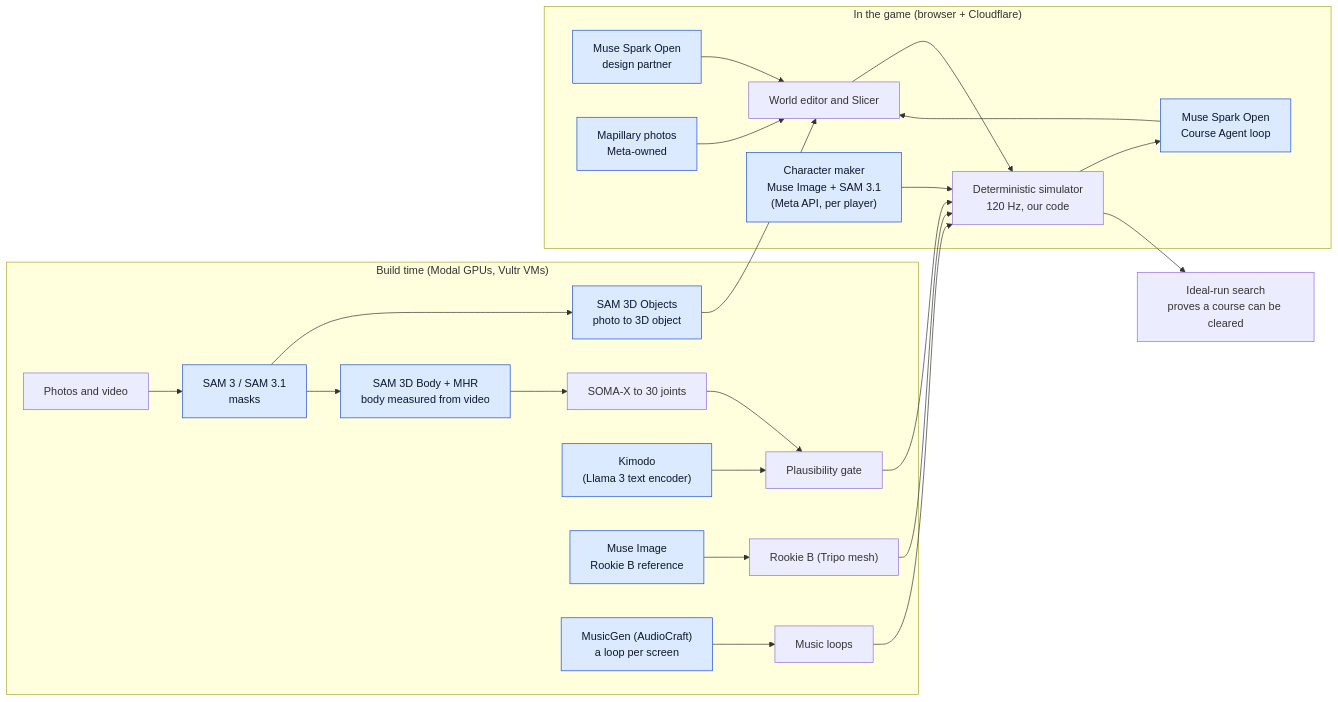
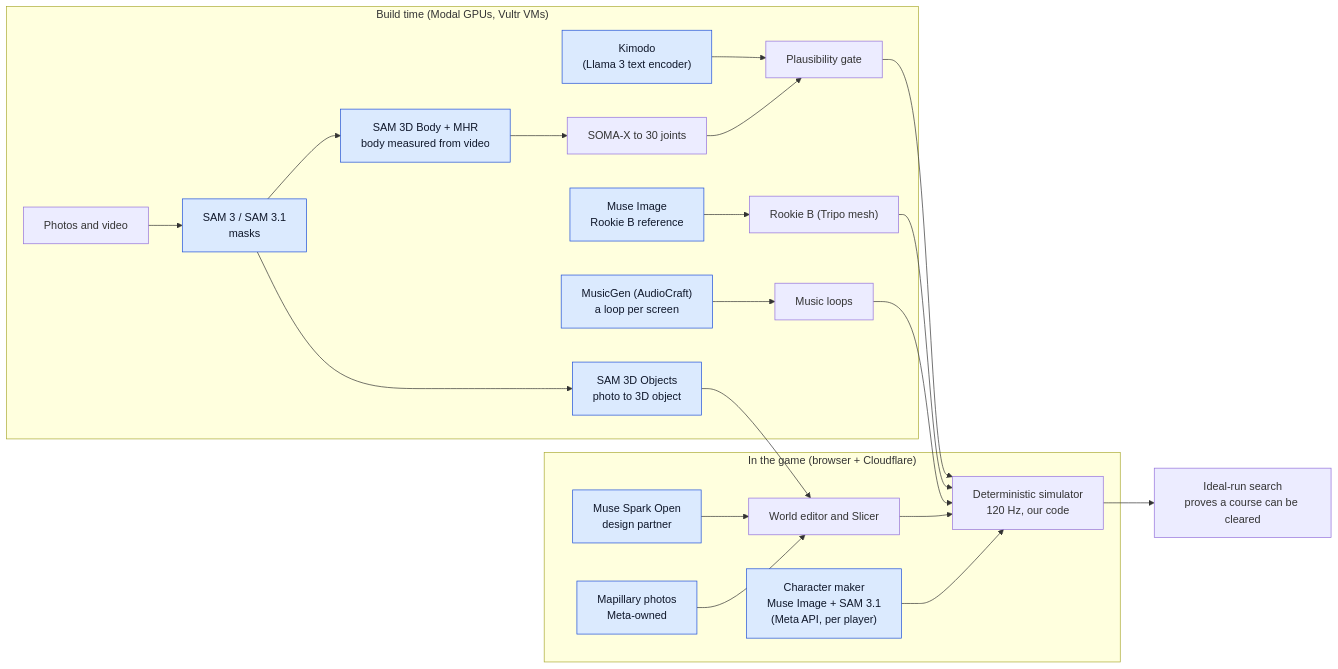
Before and after one commit to gitgithan/conquercourse: the first of 7 diagrams in docs/meta-ai-pipelines.md, drawn with Mermaid. The commit also changed other lines of this file and 40 other files, not shown here.

First line of the commit message:
Scope cut: remove photo to course and the Course Agent's photo input; ledger sections 4 and 5 out; EgoBlur note (Part of CC-208)

````diff
--- a/docs/meta-ai-pipelines.md
+++ b/docs/meta-ai-pipelines.md
@@ -14,34 +14,31 @@
 ```mermaid
 flowchart LR
   subgraph Build["Build time (Modal GPUs, Vultr VMs)"]
     P1["Photos and video"] --> SAM3["SAM 3 / SAM 3.1<br/>masks"]
     SAM3 --> SAM3DO["SAM 3D Objects<br/>photo to 3D object"]
     SAM3 --> SAM3DB["SAM 3D Body + MHR<br/>body measured from video"]
     SAM3DB --> SOMA["SOMA-X to 30 joints"]
     KIM["Kimodo<br/>(Llama 3 text encoder)"] --> GATE["Plausibility gate"]
     SOMA --> GATE
     MI["Muse Image<br/>Rookie B reference"] --> CH["Rookie B (Tripo mesh)"]
     MG["MusicGen (AudioCraft)<br/>a loop per screen"] --> MUS["Music loops"]
   end
   subgraph Game["In the game (browser + Cloudflare)"]
     SIM["Deterministic simulator<br/>120 Hz, our code"]
     ED["World editor and Slicer"]
     DES["Muse Spark Open<br/>design partner"]
-    AGT["Muse Spark Open<br/>Course Agent loop"]
     MAP["Mapillary photos<br/>Meta-owned"]
     CHM["Character maker<br/>Muse Image + SAM 3.1<br/>(Meta API, per player)"]
   end
   SAM3DO --> ED
   GATE --> SIM
   CH --> SIM
   MUS --> SIM
   ED --> SIM
   DES --> ED
-  AGT --> ED
-  SIM --> AGT
   MAP --> ED
   CHM --> SIM
   SIM --> IDEAL["Ideal-run search<br/>proves a course can be cleared"]
   classDef meta fill:#dbeafe,stroke:#1d4ed8,color:#0f172a;
-  class SAM3,SAM3DO,SAM3DB,MI,DES,AGT,MAP,KIM,MG,CHM meta;
+  class SAM3,SAM3DO,SAM3DB,MI,DES,MAP,KIM,MG,CHM meta;
 ```
````
